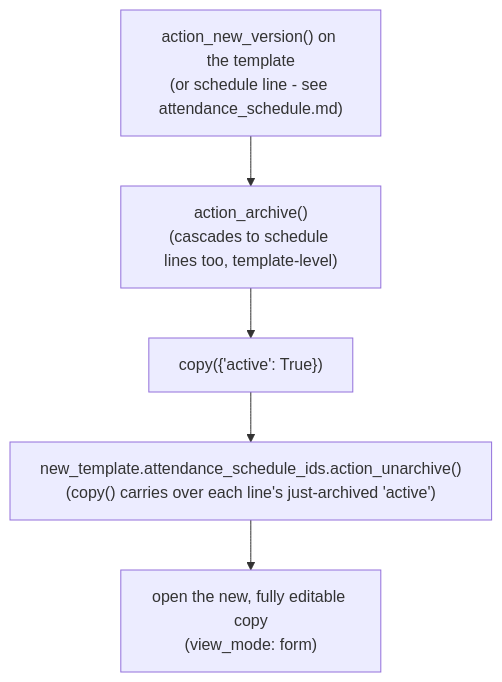
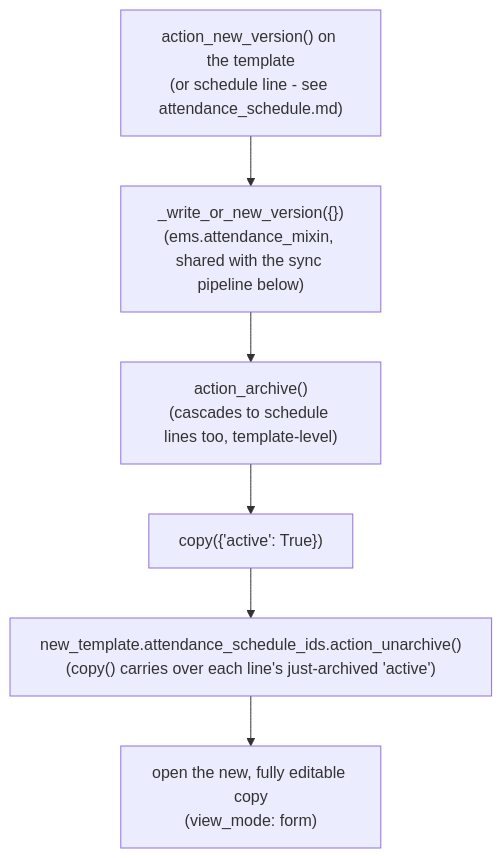
Before and after one commit to ElPuig/EMS: the second of 3 diagrams in docs/en/developers/attendance/attendance_template.md, drawn with Mermaid. The commit also changed other lines of this file and 8 other files, not shown here.

````diff
--- a/docs/en/developers/attendance/attendance_template.md
+++ b/docs/en/developers/attendance/attendance_template.md
@@ -67,7 +67,8 @@
 ```mermaid
 flowchart TD
-    A["action_new_version() on the template\n(or schedule line - see attendance_schedule.md)"] --> B["action_archive()\n(cascades to schedule lines too, template-level)"]
-    B --> C["copy({'active': True})"]
-    C --> D["new_template.attendance_schedule_ids.action_unarchive()\n(copy() carries over each line's just-archived 'active')"]
-    D --> E["open the new, fully editable copy\n(view_mode: form)"]
+    A["action_new_version() on the template\n(or schedule line - see attendance_schedule.md)"] --> B["_write_or_new_version({})\n(ems.attendance_mixin, shared with the sync pipeline below)"]
+    B --> C["action_archive()\n(cascades to schedule lines too, template-level)"]
+    C --> D["copy({'active': True})"]
+    D --> E["new_template.attendance_schedule_ids.action_unarchive()\n(copy() carries over each line's just-archived 'active')"]
+    E --> F["open the new, fully editable copy\n(view_mode: form)"]
 ```
````
